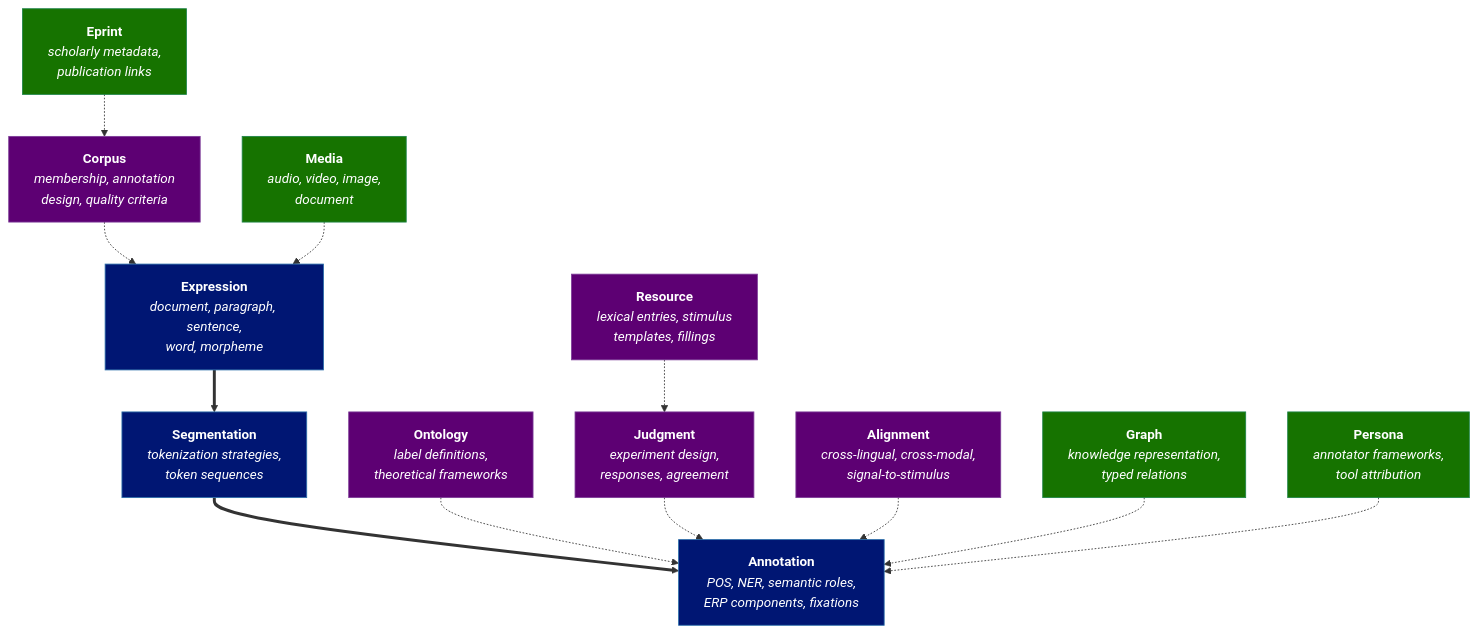
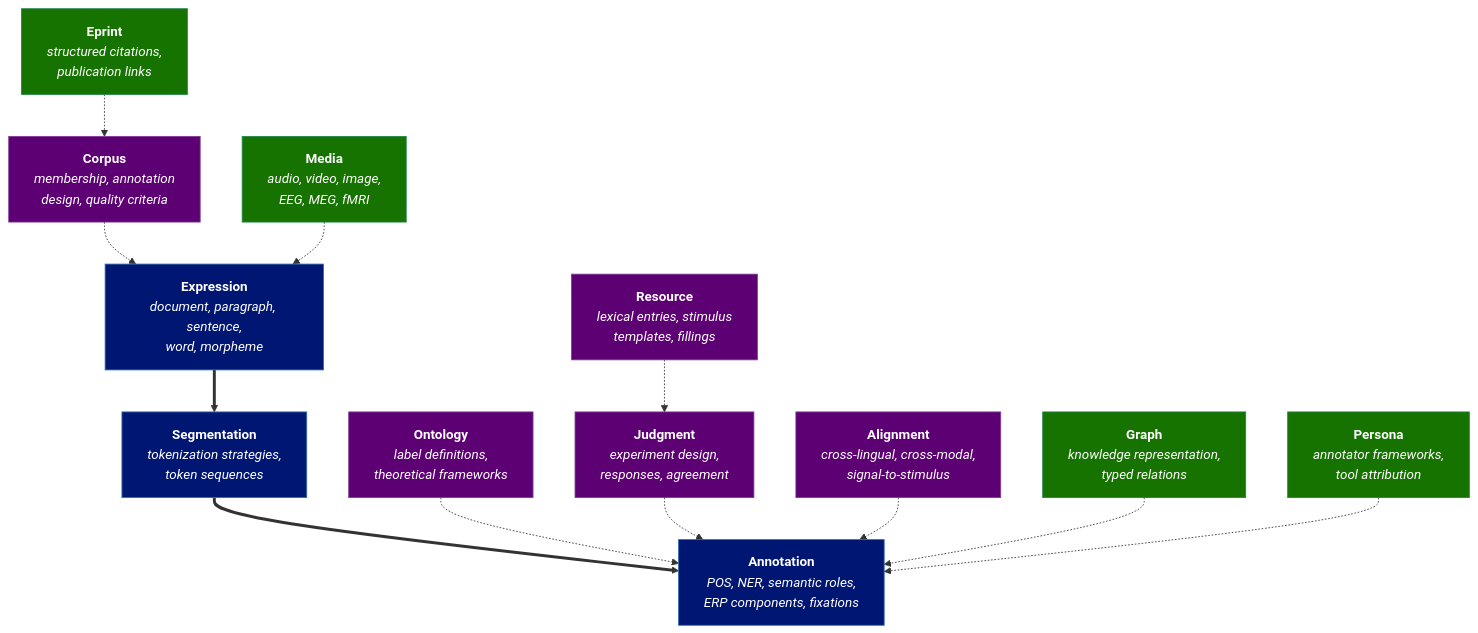
Before and after one commit to layers-pub/layers: the diagram in docs/docs/introduction.md, drawn with Mermaid. The commit also changed other lines of this file and 312 other files, not shown here.

First line of the commit message:
Release lexicon schemas 0.8.0 (#3)

````diff
--- a/docs/docs/introduction.md
+++ b/docs/docs/introduction.md
@@ -45,37 +45,37 @@
 ```mermaid
 flowchart TD
     E["<b>Expression</b><br/><i>document, paragraph, sentence,<br/>word, morpheme</i>"]
     S["<b>Segmentation</b><br/><i>tokenization strategies,<br/>token sequences</i>"]
     A["<b>Annotation</b><br/><i>POS, NER, semantic roles,<br/>ERP components, fixations</i>"]
 
     E ==> S ==> A
 
     O["<b>Ontology</b><br/><i>label definitions,<br/>theoretical frameworks</i>"]
     C["<b>Corpus</b><br/><i>membership, annotation<br/>design, quality criteria</i>"]
     R["<b>Resource</b><br/><i>lexical entries, stimulus<br/>templates, fillings</i>"]
     J["<b>Judgment</b><br/><i>experiment design,<br/>responses, agreement</i>"]
     AL["<b>Alignment</b><br/><i>cross-lingual, cross-modal,<br/>signal-to-stimulus</i>"]
 
     G["<b>Graph</b><br/><i>knowledge representation,<br/>typed relations</i>"]
-    M["<b>Media</b><br/><i>audio, video, image,<br/>document</i>"]
-    EP["<b>Eprint</b><br/><i>scholarly metadata,<br/>publication links</i>"]
+    M["<b>Media</b><br/><i>audio, video, image,<br/>EEG, MEG, fMRI</i>"]
+    EP["<b>Eprint</b><br/><i>structured citations,<br/>publication links</i>"]
     P["<b>Persona</b><br/><i>annotator frameworks,<br/>tool attribution</i>"]
 
     O -.-> A
     C -.-> E
     R -.-> J
     J -.-> A
     AL -.-> A
     M -.-> E
     G -.-> A
     EP -.-> C
     P -.-> A
 
     classDef core fill:#001673,stroke:#2c6faa,color:#fff
     classDef track fill:#5D0073,stroke:#7d3c98,color:#fff
     classDef integ fill:#167300,stroke:#1e8449,color:#fff
 
     class E,S,A core
     class O,C,R,J,AL track
     class G,M,EP,P integ
 ```
````
